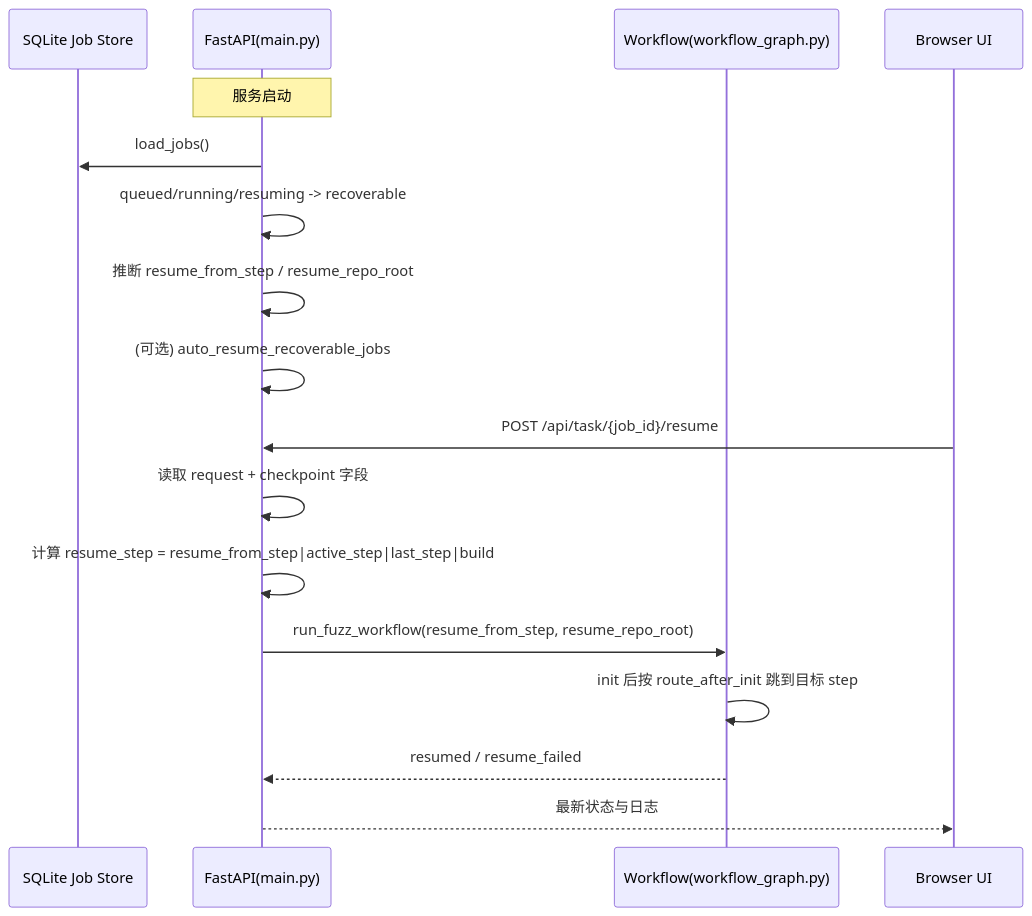
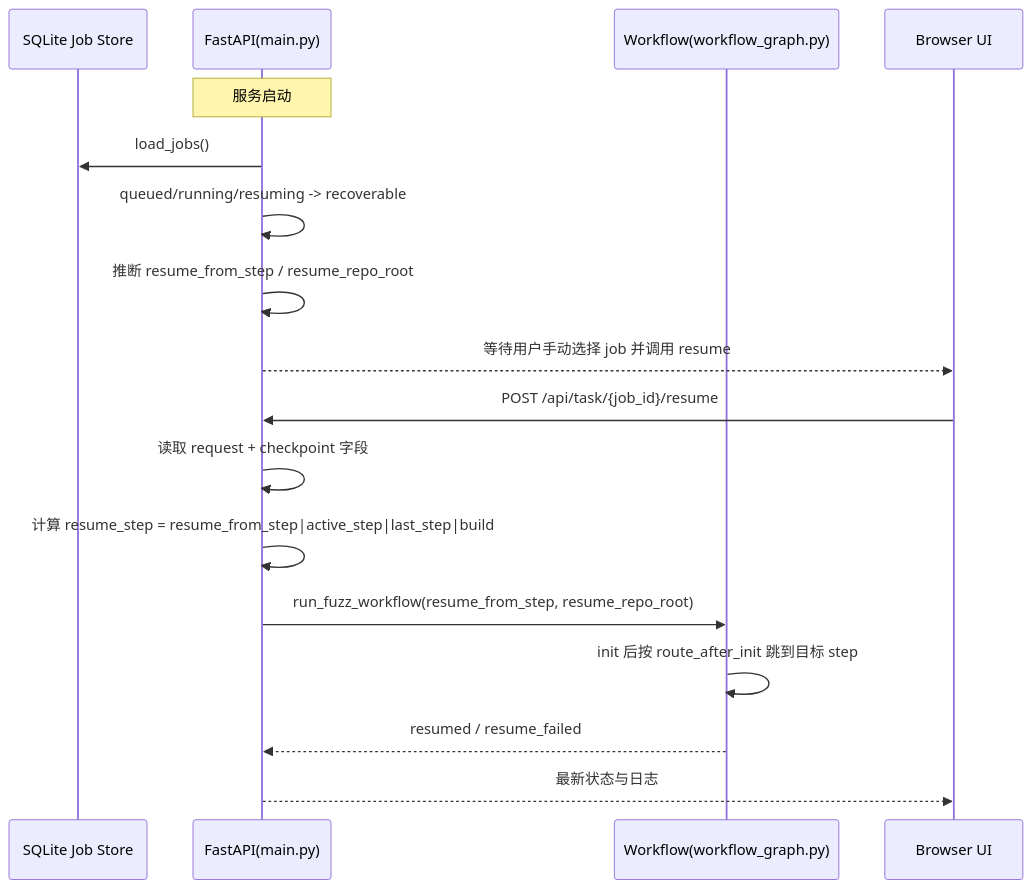
One commit to ZUENS2020/Sherpa changed the ninth of 13 diagrams in README.md. Above: the diagram before and after it, drawn with Mermaid. The commit also changed other lines of this file and 2 other files, not shown here.

````diff
--- a/README.md
+++ b/README.md
@@ -491,21 +491,21 @@
 ```mermaid
 sequenceDiagram
   participant Store as SQLite Job Store
   participant API as FastAPI(main.py)
   participant WF as Workflow(workflow_graph.py)
   participant UI as Browser UI
 
   Note over API: 服务启动
   API->>Store: load_jobs()
   API->>API: queued/running/resuming -> recoverable
   API->>API: 推断 resume_from_step / resume_repo_root
-  API->>API: (可选) auto_resume_recoverable_jobs
+  API-->>UI: 等待用户手动选择 job 并调用 resume
 
   UI->>API: POST /api/task/{job_id}/resume
   API->>API: 读取 request + checkpoint 字段
   API->>API: 计算 resume_step = resume_from_step|active_step|last_step|build
   API->>WF: run_fuzz_workflow(resume_from_step, resume_repo_root)
   WF->>WF: init 后按 route_after_init 跳到目标 step
   WF-->>API: resumed / resume_failed
   API-->>UI: 最新状态与日志
 ```
````
